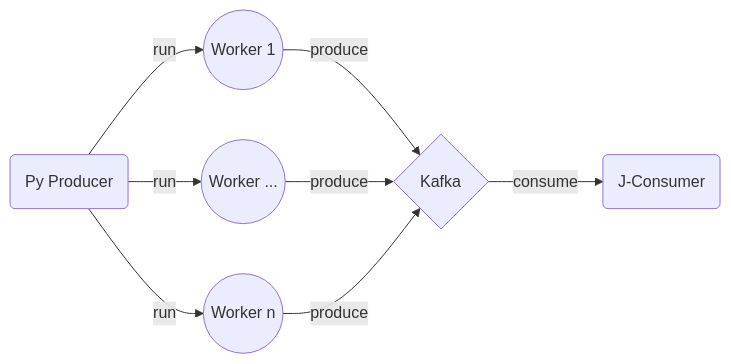
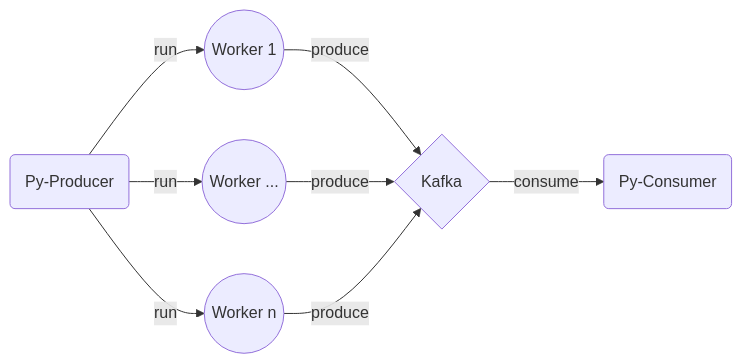
Before and after one commit to schleydaniel/dataopsbox: the diagram in README.md, drawn with Mermaid.

Commit message:
updated mermaid diagram

````diff
--- a/README.md
+++ b/README.md
@@ -9,10 +9,10 @@
 ```mermaid
 graph LR;
-    A(Py Producer) -- run --> B((Worker 1));
-    A(Py Producer) -- run --> C((Worker ...));
-    A(Py Producer) -- run --> D((Worker n));
+    A(Py-Producer) -- run --> B((Worker 1));
+    A(Py-Producer) -- run --> C((Worker ...));
+    A(Py-Producer) -- run --> D((Worker n));
     B((Worker 1)) -- produce --> E{Kafka};
     C((Worker ...)) -- produce --> E{Kafka};
     D((Worker n)) -- produce --> E{Kafka};
-    E{Kafka} -- consume --> F(J-Consumer);
+    E{Kafka} -- consume --> F(Py-Consumer);
 ```
````
